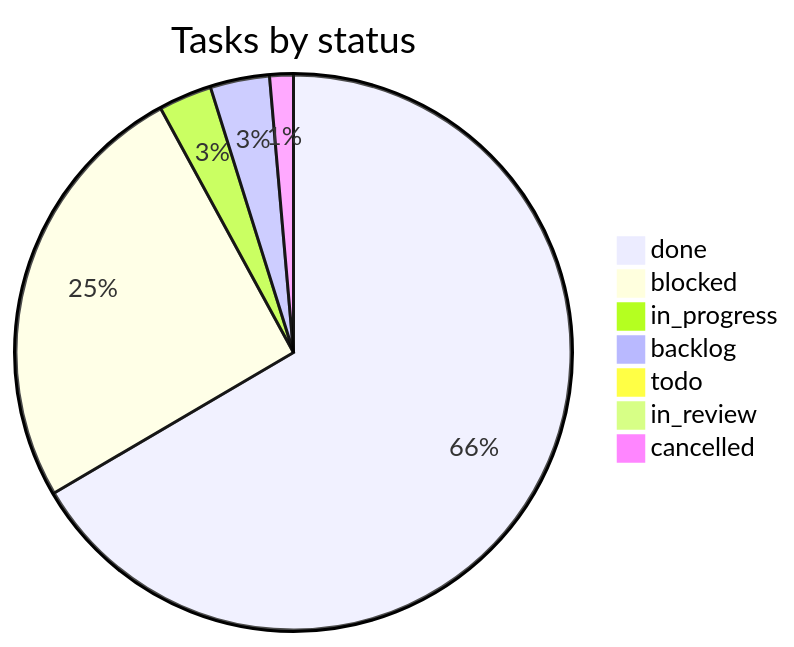
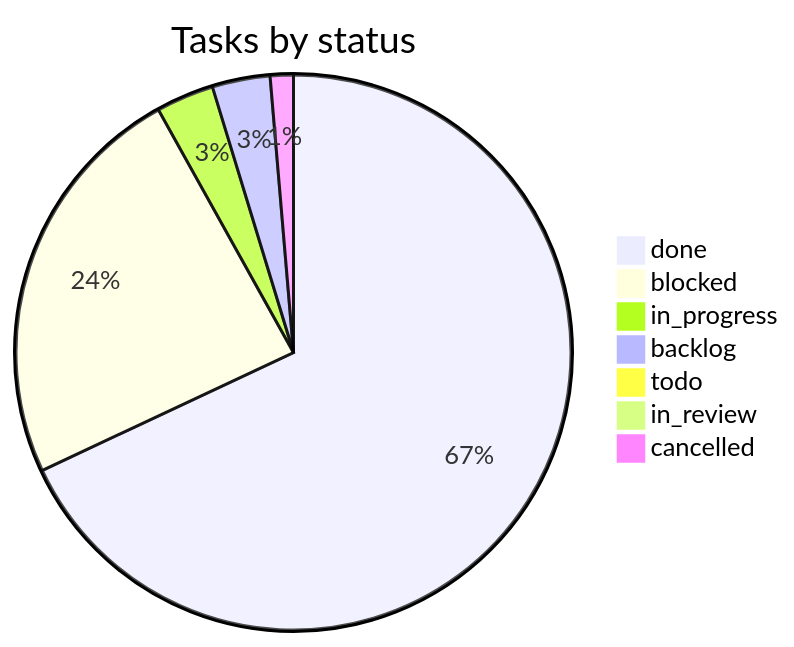
The second of 2 diagrams in PROGRESS.md (vulcanflow/docs), drawn with Mermaid before and after one commit. The commit also changed other lines of this file and 1 other file, not shown here.

Commit message:
progress: 9 deliveries (VFL-380, VFL-381, VFL-382, VFL-383, VFL-349, VFL-352, VFL-365, VFL-384, VFL-386), 13 status changes, 8 new tasks (VFL-384-388, VFL-390-392) (#107)

````diff
--- a/PROGRESS.md
+++ b/PROGRESS.md
@@ -58,10 +58,10 @@
 ```mermaid
 pie title Tasks by status
-  "done" : 193
-  "blocked" : 74
-  "in_progress" : 9
+  "done" : 202
+  "blocked" : 71
+  "in_progress" : 10
   "backlog" : 10
-  "todo" : 2
-  "in_review" : 1
+  "todo" : 1
+  "in_review" : 3
   "cancelled" : 4
 ```
````
